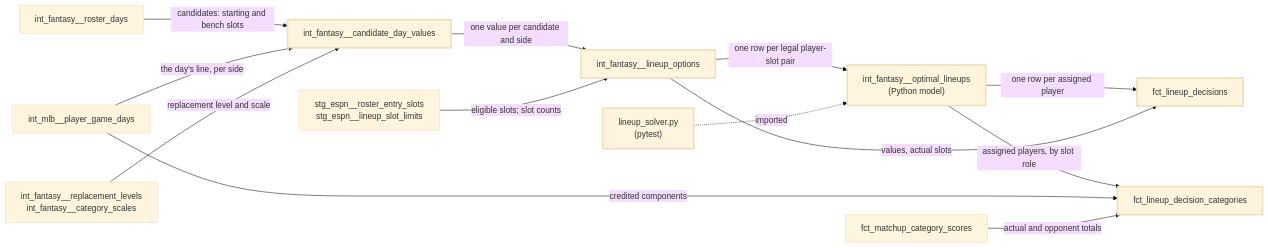
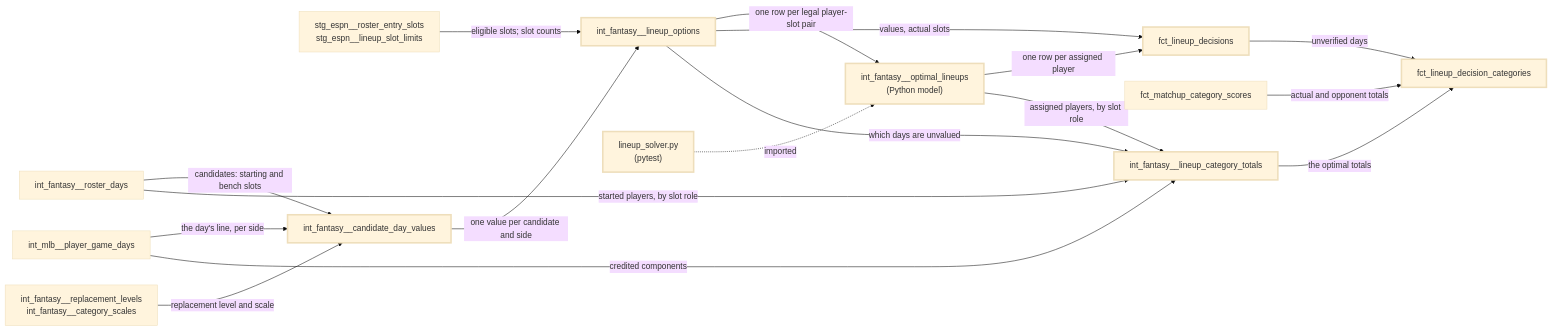
The diagram in docs/specs/0012-lineup-decisions/design.md (nick-socci/front-office), drawn with Mermaid (base theme) before and after one commit. The commit also changed other lines of this file and 2 other files, not shown here.

First line of the commit message:
Address design review round 2: hold both lineups' category totals in a model a test can read (#12)

````diff
--- a/docs/specs/0012-lineup-decisions/design.md
+++ b/docs/specs/0012-lineup-decisions/design.md
@@ -21,30 +23,35 @@
 ```mermaid
 flowchart LR
   rd["int_fantasy__roster_days"]
   gd["int_mlb__player_game_days"]
   lv["int_fantasy__replacement_levels<br/>int_fantasy__category_scales"]
   el["stg_espn__roster_entry_slots<br/>stg_espn__lineup_slot_limits"]
   dv["int_fantasy__candidate_day_values"]
   op["int_fantasy__lineup_options"]
   ol["int_fantasy__optimal_lineups<br/>(Python model)"]
   sv["lineup_solver.py<br/>(pytest)"]
   f1["fct_lineup_decisions"]
   f2["fct_lineup_decision_categories"]
   mc["fct_matchup_category_scores"]
 
   rd -->|"candidates: starting and bench slots"| dv
   gd -->|"the day's line, per side"| dv
   lv -->|"replacement level and scale"| dv
   dv -->|"one value per candidate and side"| op
   el -->|"eligible slots; slot counts"| op
   op -->|"one row per legal player-slot pair"| ol
   sv -.->|"imported"| ol
   ol -->|"one row per assigned player"| f1
   op -->|"values, actual slots"| f1
-  ol -->|"assigned players, by slot role"| f2
-  gd -->|"credited components"| f2
+  ct["int_fantasy__lineup_category_totals"]
+  ol -->|"assigned players, by slot role"| ct
+  rd -->|"started players, by slot role"| ct
+  gd -->|"credited components"| ct
+  ct -->|"the optimal totals"| f2
+  op -->|"which days are unvalued"| ct
+  f1 -->|"unverified days"| f2
   mc -->|"actual and opponent totals"| f2
 
   classDef new stroke-width:3px,stroke-dasharray:0
-  class dv,op,ol,sv,f1,f2 new
+  class dv,op,ol,sv,ct,f1,f2 new
 ```
````
